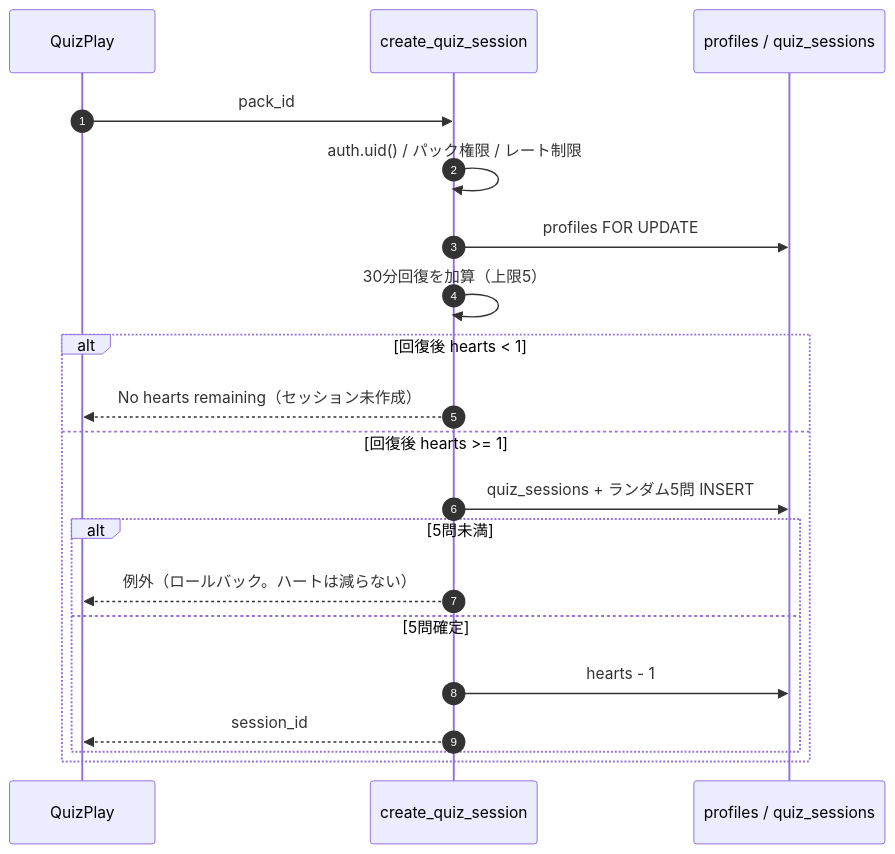
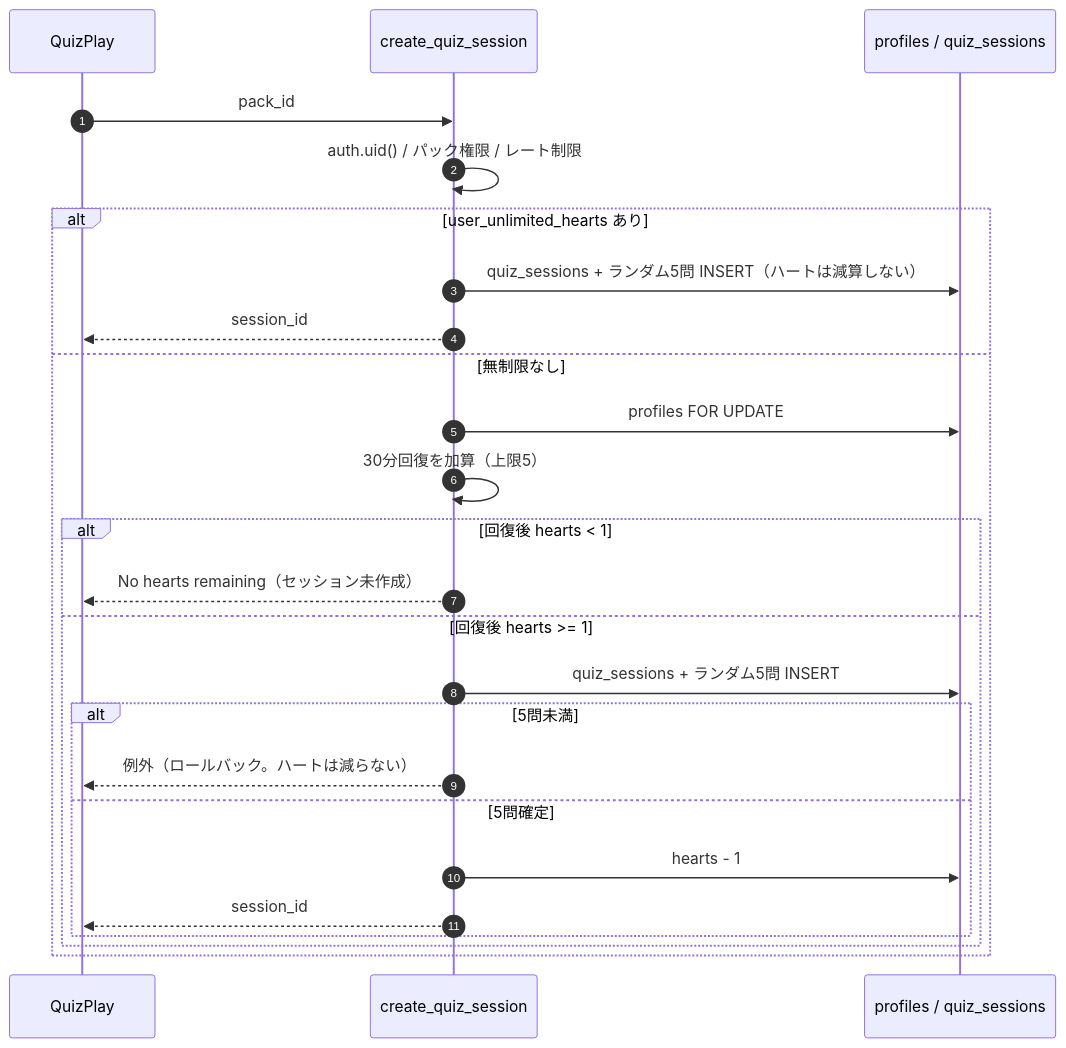
One commit to atosantasan/japanki changed the fifth of 8 diagrams in docs/design/3_sequence_and_flow.md. Above: the diagram before and after it, drawn with Mermaid. The commit also changed other lines of this file and 42 other files, not shown here.

````diff
--- a/docs/design/3_sequence_and_flow.md
+++ b/docs/design/3_sequence_and_flow.md
@@ -187,23 +190,28 @@
 ```mermaid
 sequenceDiagram
     autonumber
     participant UI as QuizPlay
     participant RPC as create_quiz_session
     participant DB as profiles / quiz_sessions
 
     UI->>RPC: pack_id
     RPC->>RPC: auth.uid() / パック権限 / レート制限
-    RPC->>DB: profiles FOR UPDATE
-    RPC->>RPC: 30分回復を加算（上限5）
-    alt 回復後 hearts < 1
-        RPC-->>UI: No hearts remaining（セッション未作成）
-    else 回復後 hearts >= 1
-        RPC->>DB: quiz_sessions + ランダム5問 INSERT
-        alt 5問未満
-            RPC-->>UI: 例外（ロールバック。ハートは減らない）
-        else 5問確定
-            RPC->>DB: hearts - 1
-            RPC-->>UI: session_id
+    alt user_unlimited_hearts あり
+        RPC->>DB: quiz_sessions + ランダム5問 INSERT（ハートは減算しない）
+        RPC-->>UI: session_id
+    else 無制限なし
+        RPC->>DB: profiles FOR UPDATE
+        RPC->>RPC: 30分回復を加算（上限5）
+        alt 回復後 hearts < 1
+            RPC-->>UI: No hearts remaining（セッション未作成）
+        else 回復後 hearts >= 1
+            RPC->>DB: quiz_sessions + ランダム5問 INSERT
+            alt 5問未満
+                RPC-->>UI: 例外（ロールバック。ハートは減らない）
+            else 5問確定
+                RPC->>DB: hearts - 1
+                RPC-->>UI: session_id
+            end
         end
     end
 ```
````
